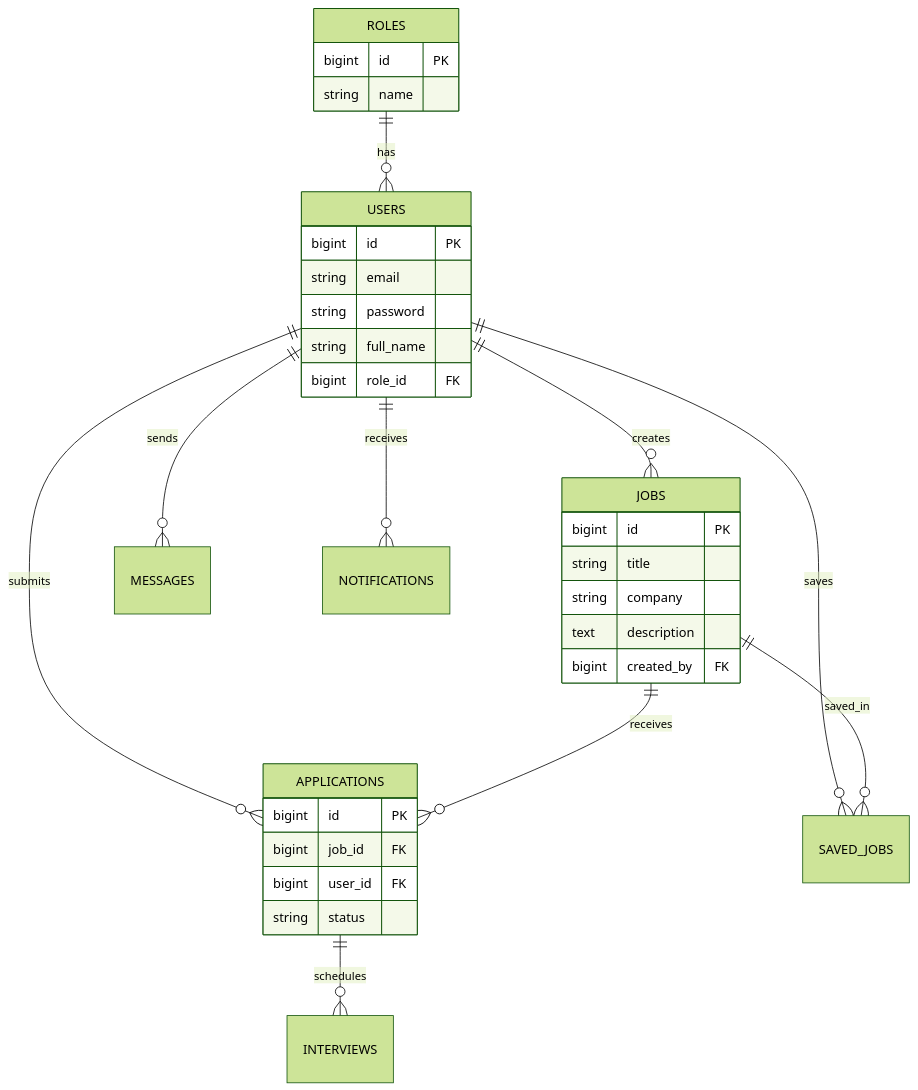
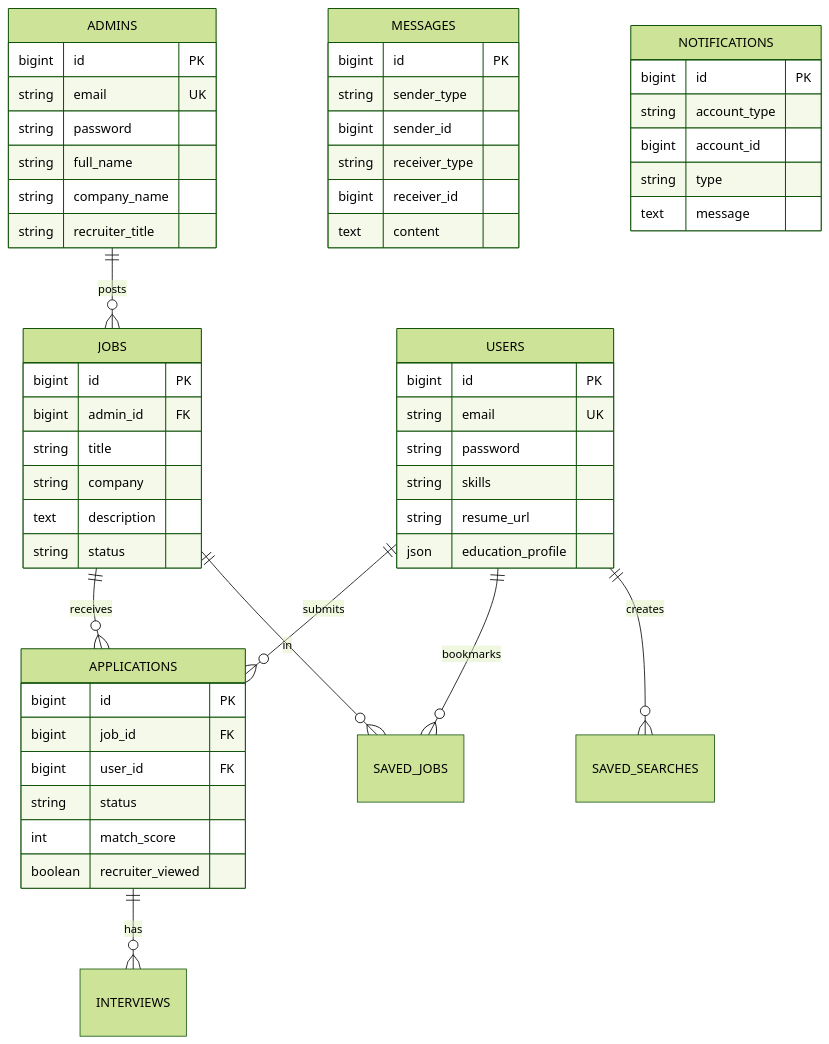
The second of 4 diagrams in docs/ARCHITECTURE.md (manisai03/Globalco), drawn with Mermaid (forest theme) before and after one commit. The commit also changed other lines of this file and 7 other files, not shown here.

````diff
--- a/docs/ARCHITECTURE.md
+++ b/docs/ARCHITECTURE.md
@@ -52,37 +77,58 @@
 ```mermaid
 erDiagram
-    ROLES ||--o{ USERS : has
-    USERS ||--o{ JOBS : creates
+    ADMINS ||--o{ JOBS : posts
     USERS ||--o{ APPLICATIONS : submits
     JOBS ||--o{ APPLICATIONS : receives
-    USERS ||--o{ SAVED_JOBS : saves
-    JOBS ||--o{ SAVED_JOBS : saved_in
-    USERS ||--o{ MESSAGES : sends
-    USERS ||--o{ NOTIFICATIONS : receives
-    APPLICATIONS ||--o{ INTERVIEWS : schedules
+    APPLICATIONS ||--o{ INTERVIEWS : has
+    USERS ||--o{ SAVED_JOBS : bookmarks
+    JOBS ||--o{ SAVED_JOBS : in
+    USERS ||--o{ SAVED_SEARCHES : creates
 
-    ROLES {
+    ADMINS {
         bigint id PK
-        string name
+        string email UK
+        string password
+        string full_name
+        string company_name
+        string recruiter_title
     }
     USERS {
         bigint id PK
-        string email
+        string email UK
         string password
-        string full_name
-        bigint role_id FK
+        string skills
+        string resume_url
+        json education_profile
     }
     JOBS {
         bigint id PK
+        bigint admin_id FK
         string title
         string company
         text description
-        bigint created_by FK
+        string status
     }
     APPLICATIONS {
         bigint id PK
         bigint job_id FK
         bigint user_id FK
         string status
+        int match_score
+        boolean recruiter_viewed
+    }
+    MESSAGES {
+        bigint id PK
+        string sender_type
+        bigint sender_id
+        string receiver_type
+        bigint receiver_id
+        text content
+    }
+    NOTIFICATIONS {
+        bigint id PK
+        string account_type
+        bigint account_id
+        string type
+        text message
     }
 ```
````
